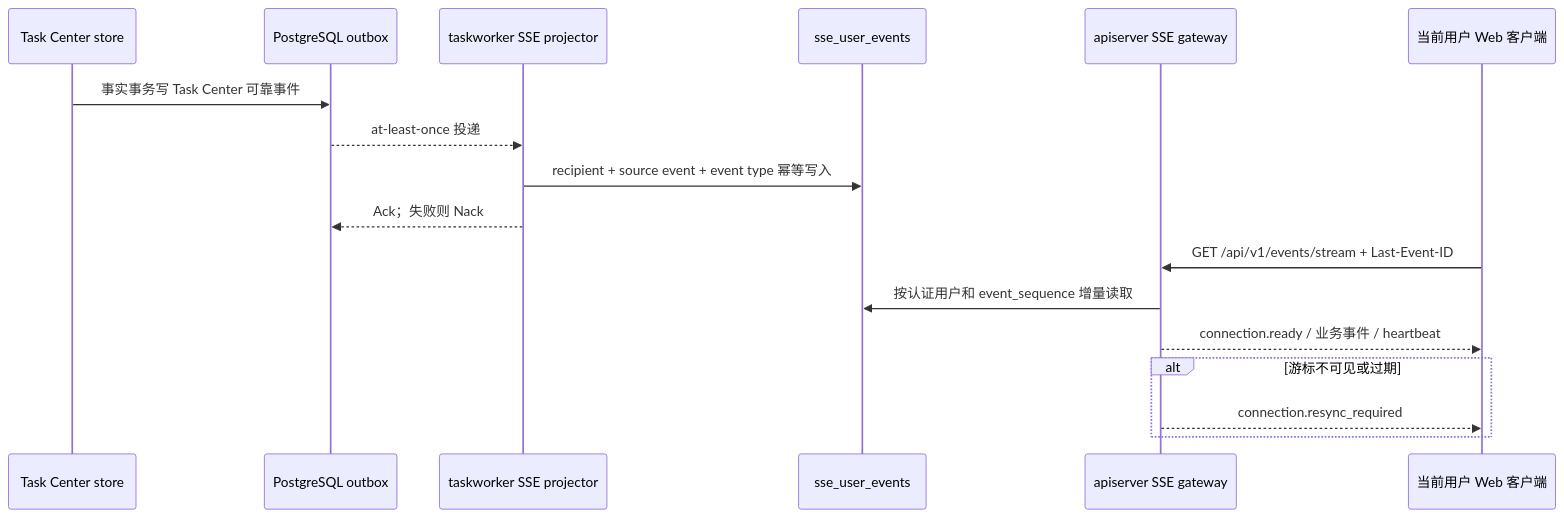
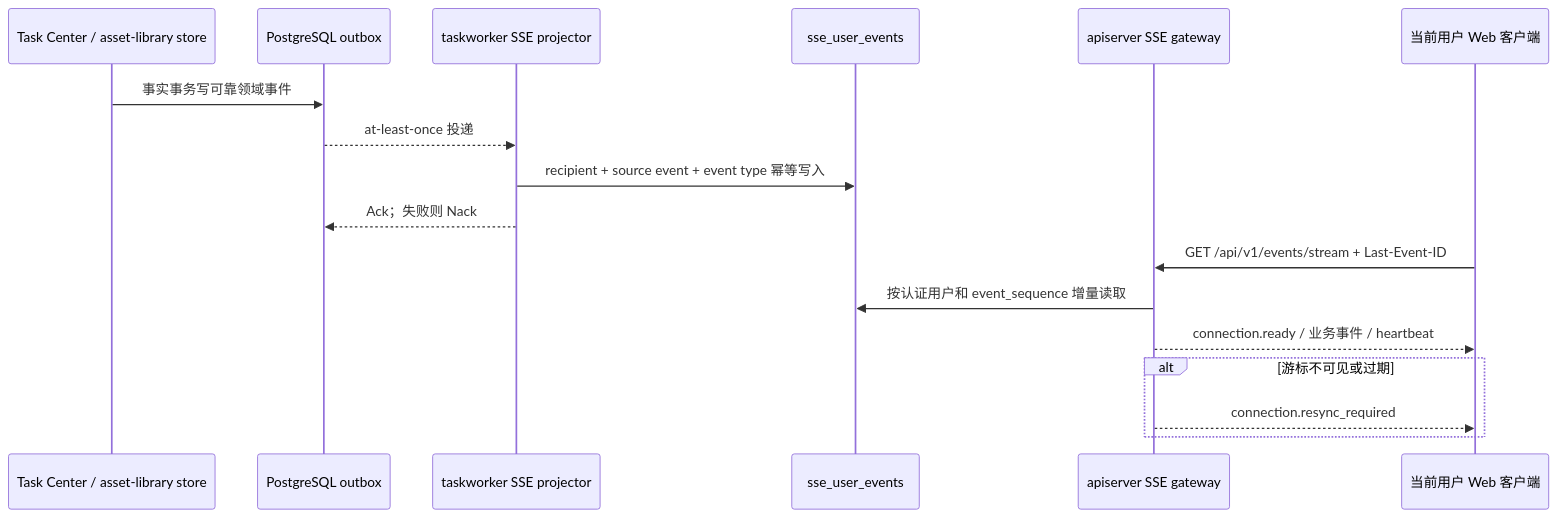
Before and after one commit to wangweihong/omnimam-server: the third of 4 diagrams in docs/guide/zh-CN/architecture/taskworker-apiserver-collaboration.md, drawn with Mermaid. The commit also changed other lines of this file and 17 other files, not shown here.

````diff
--- a/docs/guide/zh-CN/architecture/taskworker-apiserver-collaboration.md
+++ b/docs/guide/zh-CN/architecture/taskworker-apiserver-collaboration.md
@@ -124,19 +125,19 @@
 ```mermaid
 sequenceDiagram
-  participant Task as Task Center store
+  participant Domain as Task Center / asset-library store
   participant Outbox as PostgreSQL outbox
   participant Projector as taskworker SSE projector
   participant Events as sse_user_events
   participant API as apiserver SSE gateway
   participant Web as 当前用户 Web 客户端
-  Task->>Outbox: 事实事务写 Task Center 可靠事件
+  Domain->>Outbox: 事实事务写可靠领域事件
   Outbox-->>Projector: at-least-once 投递
   Projector->>Events: recipient + source event + event type 幂等写入
   Projector-->>Outbox: Ack；失败则 Nack
   Web->>API: GET /api/v1/events/stream + Last-Event-ID
   API->>Events: 按认证用户和 event_sequence 增量读取
   API-->>Web: connection.ready / 业务事件 / heartbeat
   alt 游标不可见或过期
     API-->>Web: connection.resync_required
   end
 ```
````
